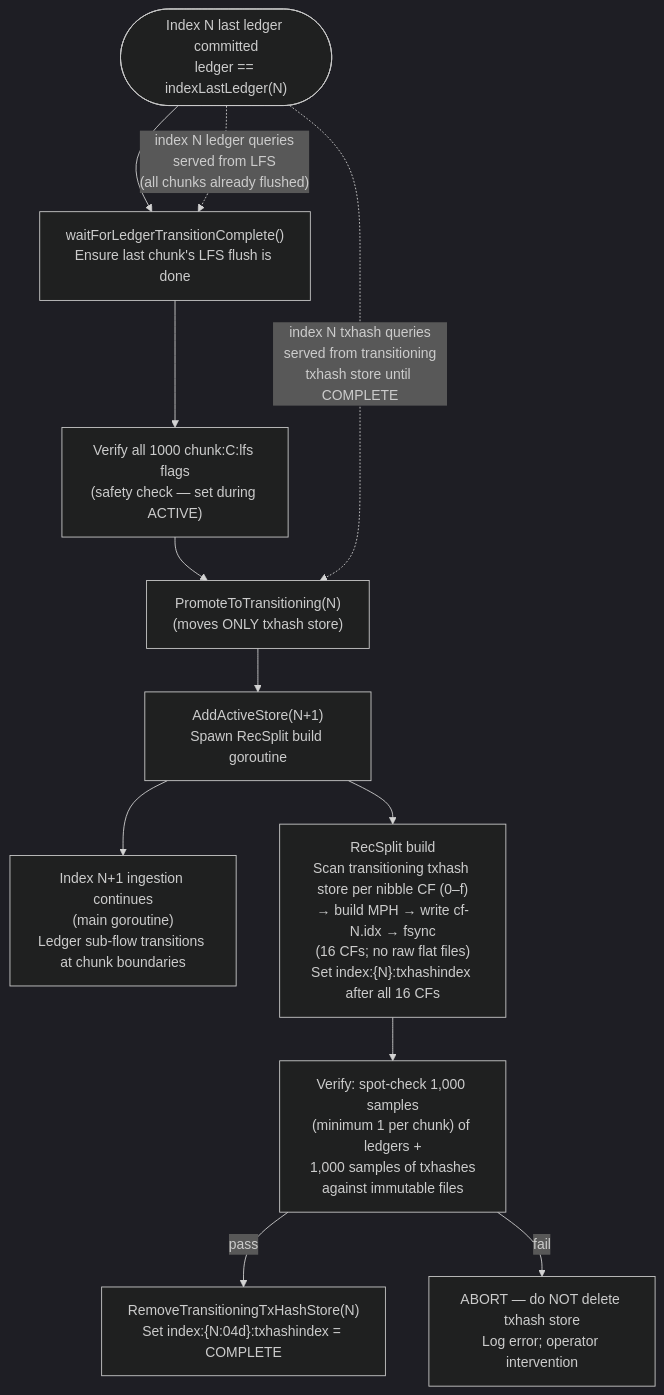
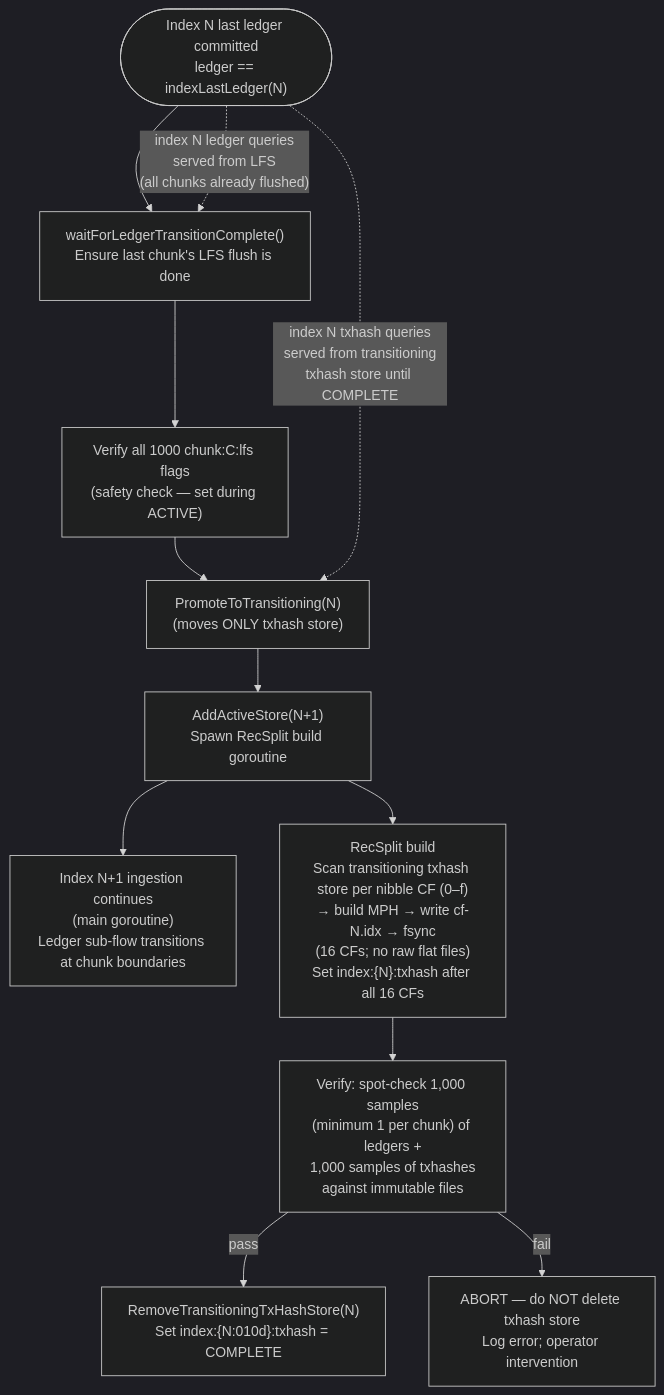
The tenth of 12 diagrams in full-history/design-docs/01-architecture-overview.md (stellar/stellar-rpc), drawn with Mermaid (dark theme) before and after one commit. The commit also changed other lines of this file and 34 other files, not shown here.

Commit message:
refactor: align with PR #617 review — index:%010d:txhash key, chunks_per_txhash_index config

````diff
--- a/full-history/design-docs/01-architecture-overview.md
+++ b/full-history/design-docs/01-architecture-overview.md
@@ -262,15 +262,15 @@
 ```mermaid
 flowchart TD
     BOUNDARY(["Index N last ledger committed\nledger == indexLastLedger(N)"]) --> WAIT["waitForLedgerTransitionComplete()\nEnsure last chunk's LFS flush is done"]
     WAIT --> VERIFY_LFS["Verify all 1000 chunk:C:lfs flags\n(safety check — set during ACTIVE)"]
     VERIFY_LFS --> PROMOTE["PromoteToTransitioning(N)\n(moves ONLY txhash store)"]
     PROMOTE --> SPAWN["AddActiveStore(N+1)\nSpawn RecSplit build goroutine"]
     SPAWN --> INGEST_NEXT["Index N+1 ingestion continues\n(main goroutine)\nLedger sub-flow transitions at chunk boundaries"]
-    SPAWN --> RECSPLIT["RecSplit build\nScan transitioning txhash store per nibble CF (0–f)\n→ build MPH → write cf-N.idx → fsync\n(16 CFs; no raw flat files)\nSet index:{N}:txhashindex after all 16 CFs"]
+    SPAWN --> RECSPLIT["RecSplit build\nScan transitioning txhash store per nibble CF (0–f)\n→ build MPH → write cf-N.idx → fsync\n(16 CFs; no raw flat files)\nSet index:{N}:txhash after all 16 CFs"]
     RECSPLIT --> VERIFY_RS["Verify: spot-check 1,000 samples\n(minimum 1 per chunk) of ledgers +\n1,000 samples of txhashes\nagainst immutable files"]
-    VERIFY_RS -->|pass| DELETE["RemoveTransitioningTxHashStore(N)\nSet index:{N:04d}:txhashindex = COMPLETE"]
+    VERIFY_RS -->|pass| DELETE["RemoveTransitioningTxHashStore(N)\nSet index:{N:010d}:txhash = COMPLETE"]
     VERIFY_RS -->|fail| ABORT["ABORT — do NOT delete txhash store\nLog error; operator intervention"]
 
     BOUNDARY -.->|"index N ledger queries\nserved from LFS\n(all chunks already flushed)"| WAIT
     BOUNDARY -.->|"index N txhash queries\nserved from transitioning\ntxhash store until COMPLETE"| PROMOTE
 ```
````
